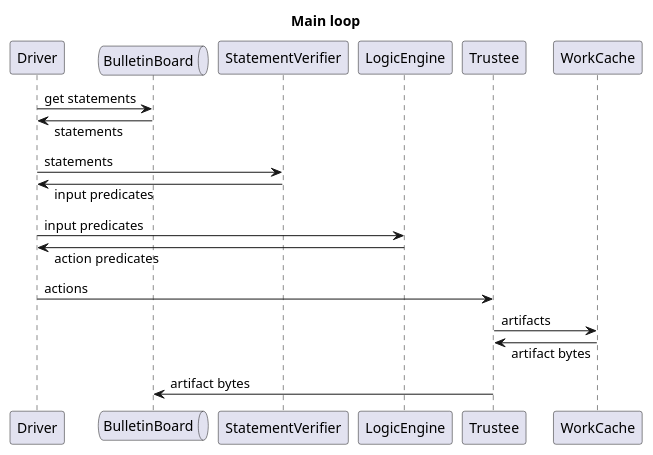
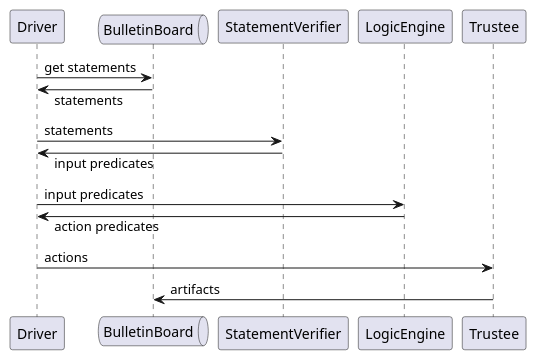
Before and after one commit to nvotes/rmx: the diagram in doc/diagrams/main_sequence.puml, drawn with PlantUML. The commit also changed 7 other files, not shown here.

Commit message:
Diagrams

```diff
--- a/doc/diagrams/main_sequence.puml
+++ b/doc/diagrams/main_sequence.puml
@@ -1,16 +1,13 @@
-@startuml main_loop
-title Main loop
+@startuml main_sequence
 skinparam responseMessageBelowArrow true
 participant Driver as Driver
 queue BulletinBoard as BulletinBoard
 Driver -> BulletinBoard: get statements
 Driver <- BulletinBoard: statements
 Driver -> StatementVerifier: statements
 Driver <- StatementVerifier: input predicates
 Driver -> LogicEngine: input predicates
 Driver <- LogicEngine: action predicates
 Driver -> Trustee: actions
-Trustee -> WorkCache: artifacts
-Trustee <- WorkCache: artifact bytes
-Trustee -> BulletinBoard: artifact bytes
+Trustee -> BulletinBoard: artifacts
 @enduml
```
